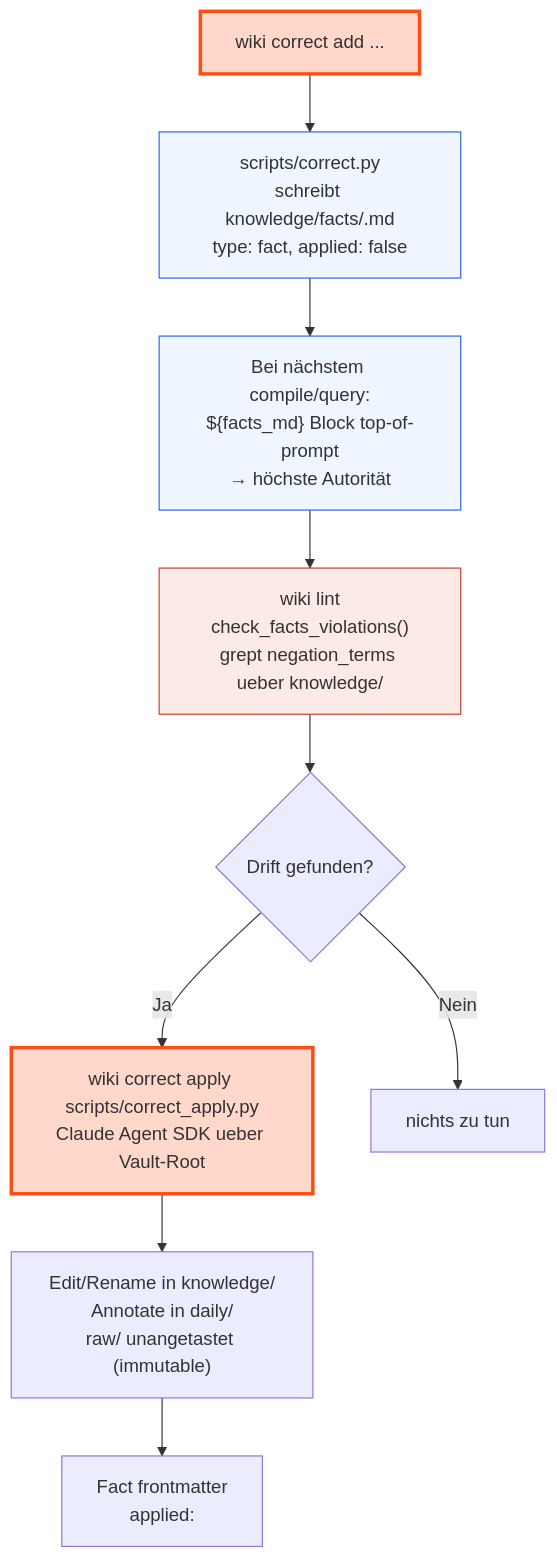
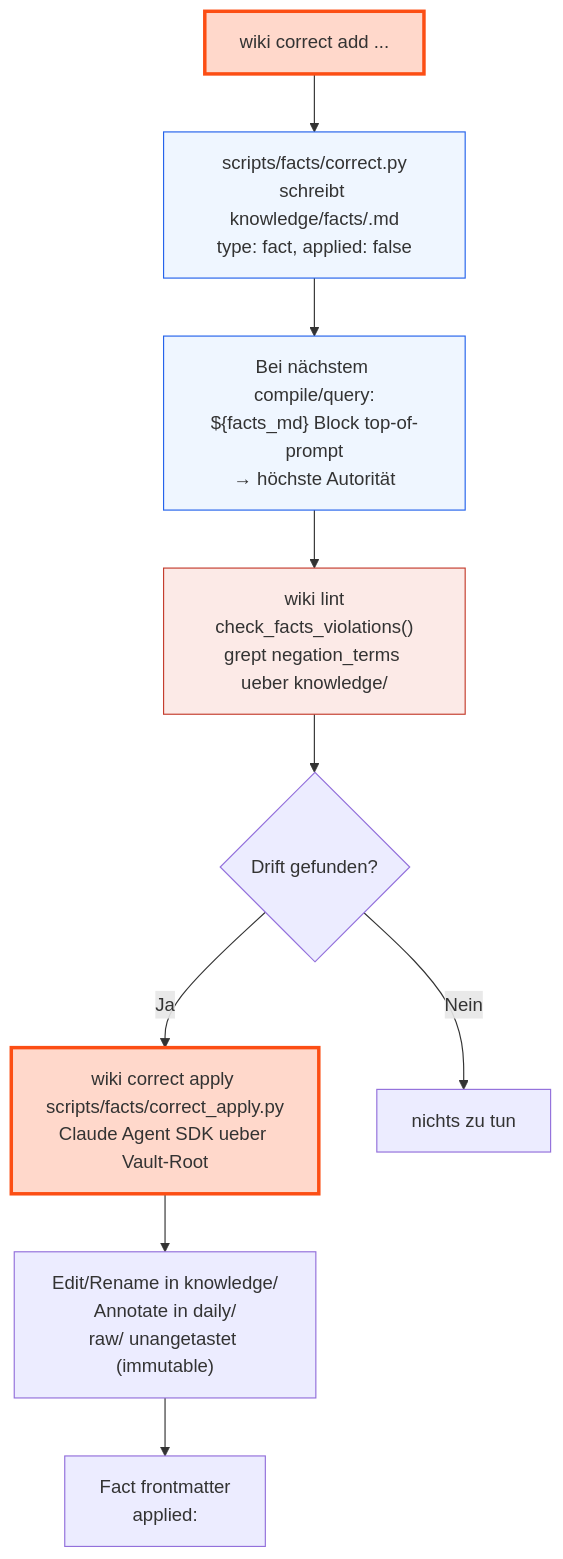
The tenth of 11 diagrams in docs/PROCESS.md (lx-0/llm-wiki), drawn with Mermaid before and after one commit. The commit also changed other lines of this file and 1 other file, not shown here.

````diff
--- a/docs/PROCESS.md
+++ b/docs/PROCESS.md
@@ -965,18 +964,18 @@
 ```mermaid
 flowchart TD
     USER["wiki correct add ..."]
-    USER --> WRITE["scripts/correct.py\nschreibt knowledge/facts/<slug>.md\ntype: fact, applied: false"]
+    USER --> WRITE["scripts/facts/correct.py\nschreibt knowledge/facts/<slug>.md\ntype: fact, applied: false"]
     WRITE --> INJECT["Bei nächstem compile/query:\n${facts_md} Block top-of-prompt\n→ höchste Autorität"]
     INJECT --> LINTHIT["wiki lint\ncheck_facts_violations()\ngrept negation_terms ueber knowledge/"]
     LINTHIT --> APPLY{"Drift gefunden?"}
-    APPLY -->|Ja| AGENTIC["wiki correct apply <slug>\nscripts/correct_apply.py\nClaude Agent SDK ueber Vault-Root"]
+    APPLY -->|Ja| AGENTIC["wiki correct apply <slug>\nscripts/facts/correct_apply.py\nClaude Agent SDK ueber Vault-Root"]
     AGENTIC --> EDIT["Edit/Rename in knowledge/\nAnnotate in daily/\nraw/ unangetastet (immutable)"]
     EDIT --> MARK["Fact frontmatter\napplied: <iso-ts>"]
     APPLY -->|Nein| DONE["nichts zu tun"]
 
     style USER fill:#FFD8CB,stroke:#FC4E14,stroke-width:3px
     style WRITE fill:#EFF6FF,stroke:#2563EB
     style INJECT fill:#EFF6FF,stroke:#2563EB
     style LINTHIT fill:#FCEAE7,stroke:#C43D2E
     style AGENTIC fill:#FFD8CB,stroke:#FC4E14,stroke-width:3px
 ```
````
